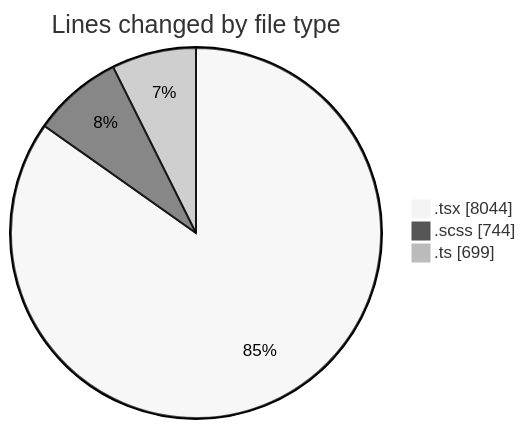
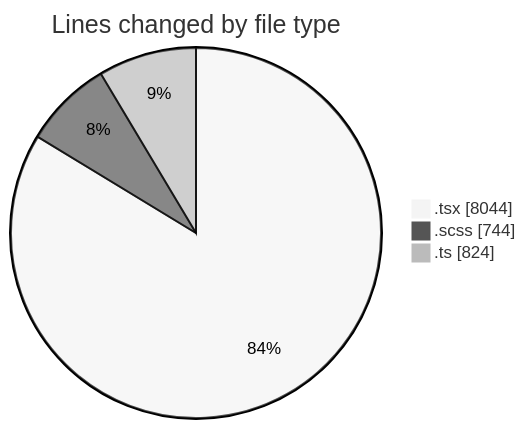
Before and after one commit to momahboobian/code-tracking: the first of 2 diagrams in 2025-07-03/cda/README.md, drawn with Mermaid (neutral theme). The commit also changed other lines of this file and 1 other file, not shown here.

````diff
--- a/2025-07-03/cda/README.md
+++ b/2025-07-03/cda/README.md
@@ -50,7 +51,7 @@
 ```mermaid
 pie showData
 title Lines changed by file type
 ".tsx" : 8044
 ".scss" : 744
-".ts" : 699
+".ts" : 824
 ```
````
